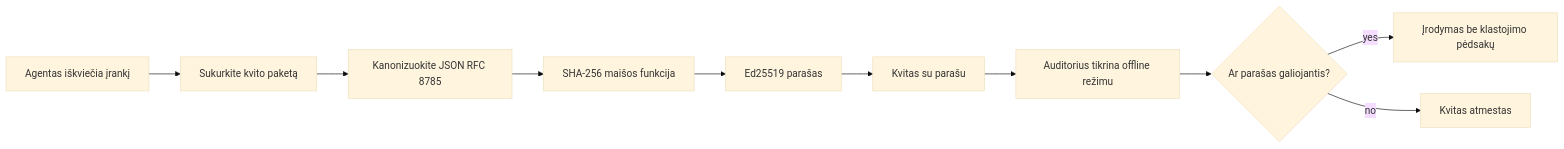
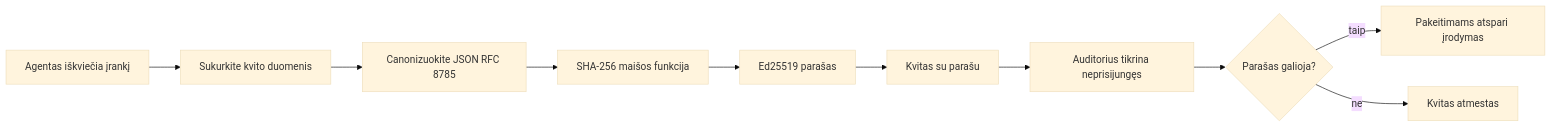
The first of 2 diagrams in mirrors/repos/microsoft@ai-agents-for-beginners/translations/lt/18-securing-ai-agents/README.md (gabrielmoreira/agent-skills-mirror), drawn with Mermaid (base theme) before and after one commit. The commit also changed other lines of this file and 2285 other files, not shown here.

````diff
--- a/mirrors/repos/microsoft@ai-agents-for-beginners/translations/lt/18-securing-ai-agents/README.md
+++ b/mirrors/repos/microsoft@ai-agents-for-beginners/translations/lt/18-securing-ai-agents/README.md
@@ -51,12 +51,12 @@
 ```mermaid
 flowchart LR
-    A[Agentas iškviečia įrankį] --> B[Sukurkite kvito paketą]
-    B --> C[Kanonizuokite JSON RFC 8785]
+    A[Agentas iškviečia įrankį] --> B[Sukurkite kvito duomenis]
+    B --> C[Canonizuokite JSON RFC 8785]
     C --> D[SHA-256 maišos funkcija]
     D --> E[Ed25519 parašas]
     E --> F[Kvitas su parašu]
-    F --> G[Auditorius tikrina offline režimu]
-    G --> H{Ar parašas galiojantis?}
-    H -- yes --> I[Įrodymas be klastojimo pėdsakų]
-    H -- no --> J[Kvitas atmestas]
+    F --> G[Auditorius tikrina neprisijungęs]
+    G --> H{Parašas galioja?}
+    H -- taip --> I[Pakeitimams atspari įrodymas]
+    H -- ne --> J[Kvitas atmestas]
 ```
````
